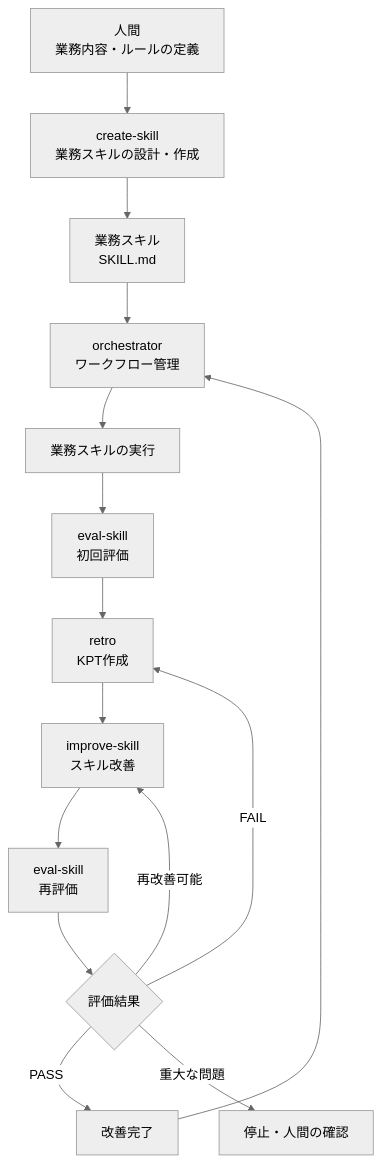
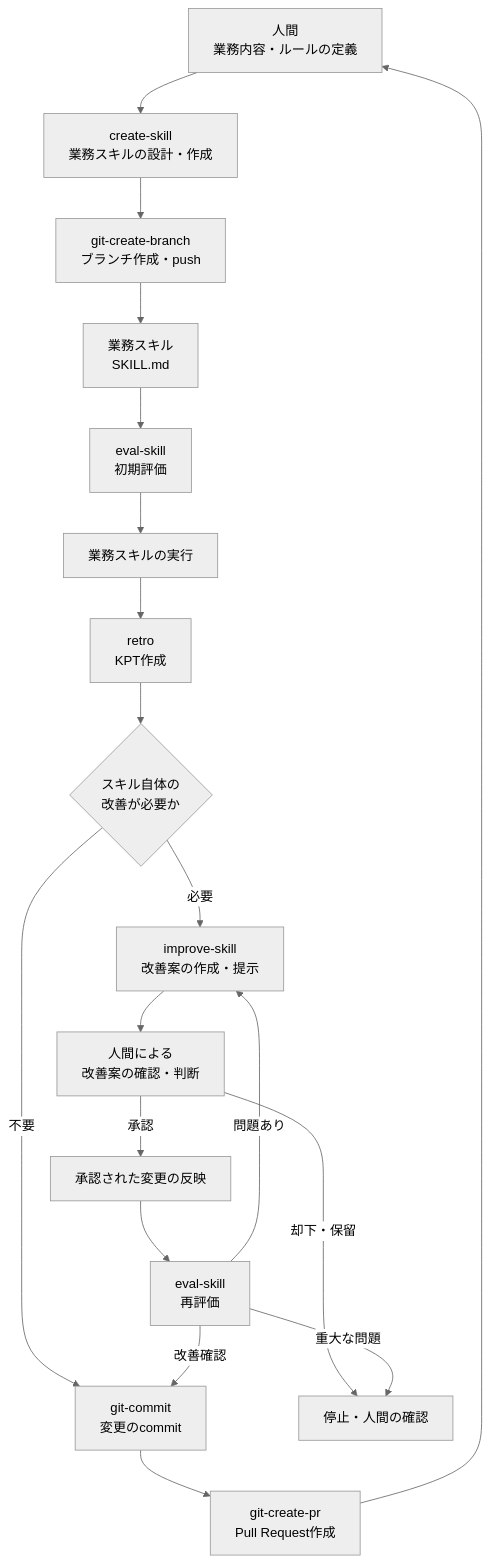
Before and after one commit to HiddenUtility/harness-experiment: the first of 3 diagrams in README.md, drawn with Mermaid (neutral theme). The commit also changed other lines of this file, not shown here.

````diff
--- a/README.md
+++ b/README.md
@@ -50,26 +67,41 @@
 ```mermaid
 flowchart TD
     HUMAN["人間<br/>業務内容・ルールの定義"]
     CREATE["create-skill<br/>業務スキルの設計・作成"]
+    BRANCH["git-create-branch<br/>ブランチ作成・push"]
     SKILL["業務スキル<br/>SKILL.md"]
-    ORCH["orchestrator<br/>ワークフロー管理"]
+    EVAL["eval-skill<br/>初期評価"]
+    EXEC["業務スキルの実行"]
+    RETRO["retro<br/>KPT作成"]
+    JUDGE{"スキル自体の<br/>改善が必要か"}
+    IMPROVE["improve-skill<br/>改善案の作成・提示"]
+    HUMAN_JUDGE["人間による<br/>改善案の確認・判断"]
+    APPLY["承認された変更の反映"]
+    REEVAL["eval-skill<br/>再評価"]
+    PR["git-create-pr<br/>Pull Request作成"]
+    COMMIT["git-commit<br/>変更のcommit"]
+    STOP["停止・人間の確認"]
 
     HUMAN --> CREATE
-    CREATE --> SKILL
-    SKILL --> ORCH
+    CREATE --> BRANCH
+    BRANCH --> SKILL
+    SKILL --> EVAL
+    EVAL --> EXEC
+    EXEC --> RETRO
 
-    ORCH --> EXEC["業務スキルの実行"]
-    EXEC --> EVAL["eval-skill<br/>初回評価"]
-    EVAL --> RETRO["retro<br/>KPT作成"]
-    RETRO --> IMPROVE["improve-skill<br/>スキル改善"]
-    IMPROVE --> REEVAL["eval-skill<br/>再評価"]
+    RETRO --> JUDGE
+    JUDGE -->|必要| IMPROVE
+    JUDGE -->|不要| COMMIT
 
-    REEVAL --> JUDGE{"評価結果"}
+    IMPROVE --> HUMAN_JUDGE
+    HUMAN_JUDGE -->|承認| APPLY
+    HUMAN_JUDGE -->|却下・保留| STOP
 
-    JUDGE -->|PASS| COMPLETE["改善完了"]
-    JUDGE -->|FAIL| RETRO
-    JUDGE -->|再改善可能| IMPROVE
-    JUDGE -->|重大な問題| STOP["停止・人間の確認"]
+    APPLY --> REEVAL
+    REEVAL -->|改善確認| COMMIT
+    REEVAL -->|問題あり| IMPROVE
+    REEVAL -->|重大な問題| STOP
 
-    COMPLETE --> ORCH
+    COMMIT --> PR
+    PR --> HUMAN
 ```
````
